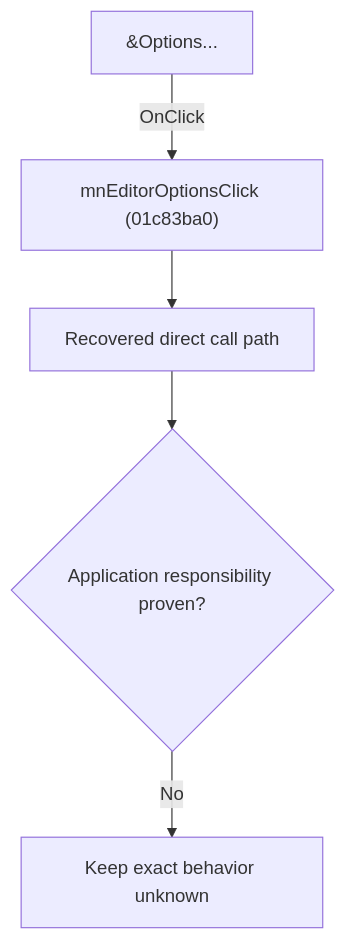
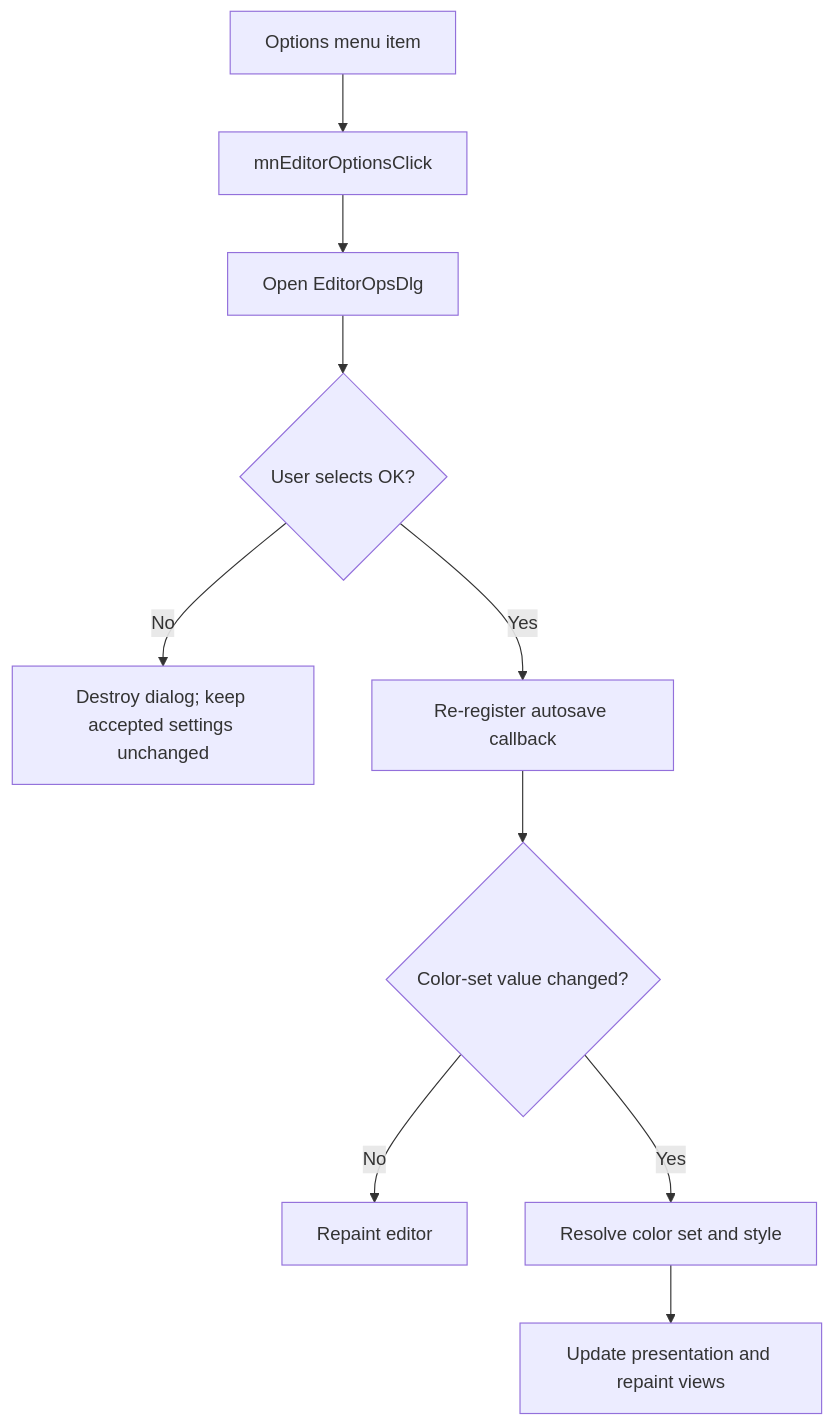
The diagram in docs/ui-controls/schematiceditor/mneditoroptions-61a880bc1a.md (MovGP0/TIARA), drawn with Mermaid before and after one commit. The commit also changed other lines of this file and 241 other files, not shown here.

````diff
--- a/docs/ui-controls/schematiceditor/mneditoroptions-61a880bc1a.md
+++ b/docs/ui-controls/schematiceditor/mneditoroptions-61a880bc1a.md
@@ -27,7 +19,12 @@
 ```mermaid
 flowchart TD
-    control["&Options..."] -->|"OnClick"| handler["mnEditorOptionsClick (01c83ba0)"]
-    handler --> recovered["Recovered direct call path"]
-    recovered --> gap{"Application responsibility proven?"}
-    gap -->|"No"| blocked["Keep exact behavior unknown"]
+    control["Options menu item"] --> handler["mnEditorOptionsClick"]
+    handler --> dialog["Open EditorOpsDlg"]
+    dialog --> accepted{"User selects OK?"}
+    accepted -->|"No"| noOp["Destroy dialog; keep accepted settings unchanged"]
+    accepted -->|"Yes"| autosave["Re-register autosave callback"]
+    autosave --> changed{"Color-set value changed?"}
+    changed -->|"No"| repaint["Repaint editor"]
+    changed -->|"Yes"| apply["Resolve color set and style"]
+    apply --> repaintAll["Update presentation and repaint views"]
 ```
````
